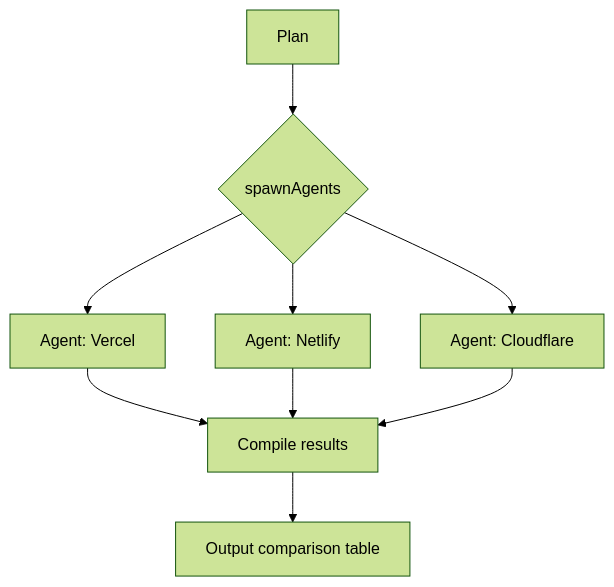
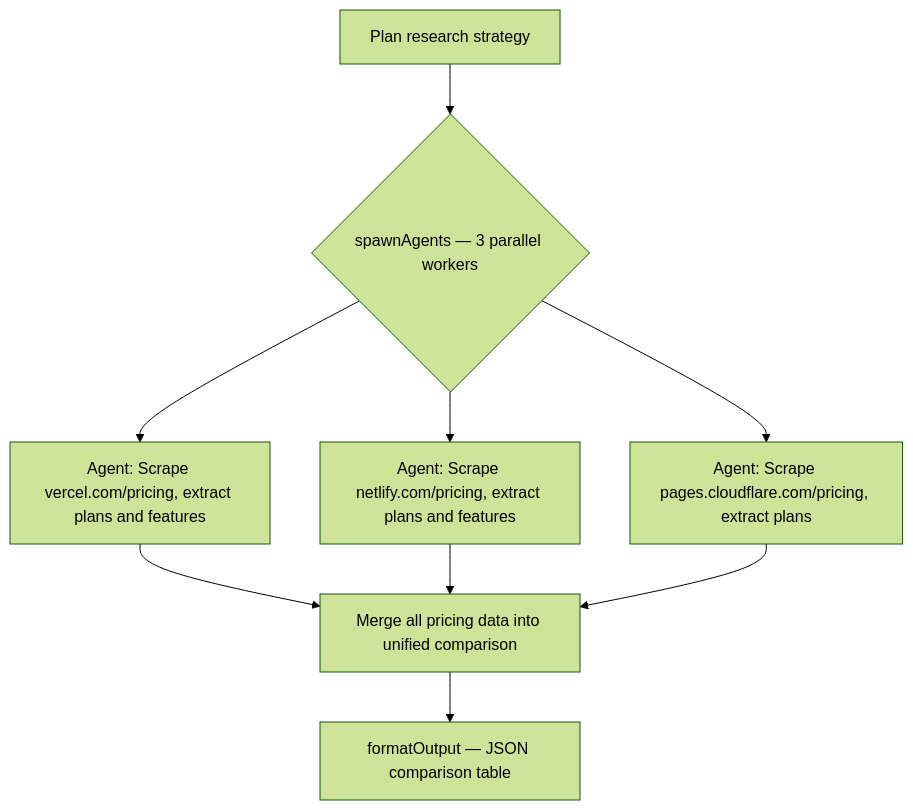
One commit to firecrawl/firecrawl-agent changed the second of 2 diagrams in agent-core/src/prompts/orchestrator.md. Above: the diagram before and after it, drawn with Mermaid (forest theme). The commit also changed other lines of this file and 1 other file, not shown here.

First line of the commit message:
more descriptive mermaid plan diagrams, larger SVG min-height

````diff
--- a/agent-core/src/prompts/orchestrator.md
+++ b/agent-core/src/prompts/orchestrator.md
@@ -62,11 +63,11 @@
 ```mermaid
 graph TD
-    A[Plan] --> W{spawnAgents}
-    W --> B[Agent: Vercel]
-    W --> C[Agent: Netlify]
-    W --> D[Agent: Cloudflare]
-    B --> E[Compile results]
+    A[Plan research strategy] --> W{spawnAgents — 3 parallel workers}
+    W --> B[Agent: Scrape vercel.com/pricing, extract plans and features]
+    W --> C[Agent: Scrape netlify.com/pricing, extract plans and features]
+    W --> D[Agent: Scrape pages.cloudflare.com/pricing, extract plans]
+    B --> E[Merge all pricing data into unified comparison]
     C --> E
     D --> E
-    E --> F[Output comparison table]
+    E --> F[formatOutput — JSON comparison table]
 ```
````
